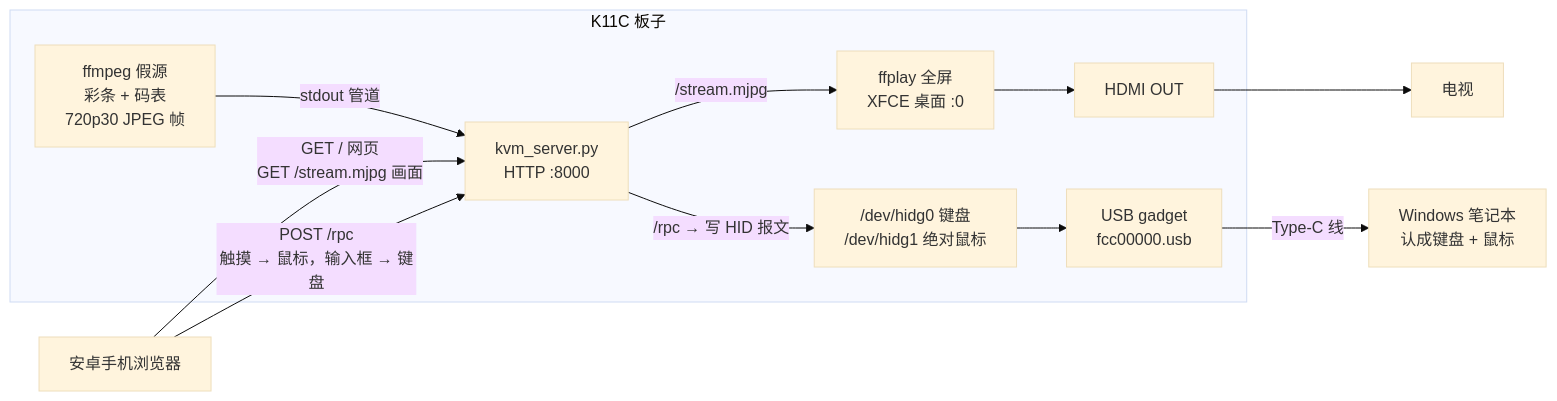
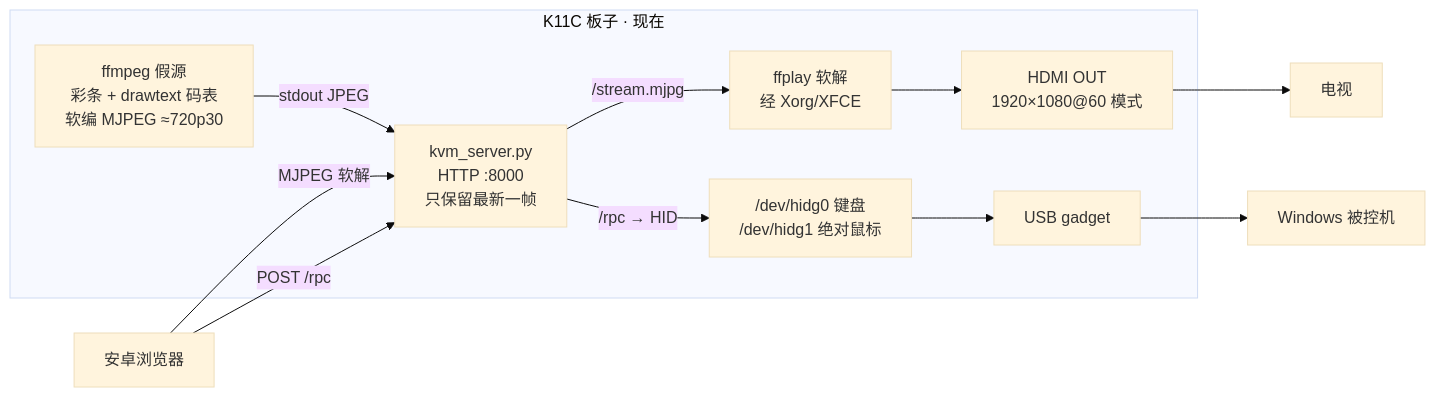
The first of 3 diagrams in 12_win_上机跑/14_K11C做JetKVM式IP-KVM_方案.md (duck-sleep/win_game), drawn with Mermaid (base theme) before and after one commit. The commit also changed other lines of this file and 3 other files, not shown here.

````diff
--- a/12_win_上机跑/14_K11C做JetKVM式IP-KVM_方案.md
+++ b/12_win_上机跑/14_K11C做JetKVM式IP-KVM_方案.md
@@ -57,14 +58,14 @@
 ```mermaid
 flowchart LR
-  subgraph BOARD["K11C 板子"]
-    SRC["ffmpeg 假源<br/>彩条 + 码表<br/>720p30 JPEG 帧"] -->|"stdout 管道"| SRV["kvm_server.py<br/>HTTP :8000"]
-    SRV -->|"/stream.mjpg"| TVP["ffplay 全屏<br/>XFCE 桌面 :0"]
-    TVP --> HDMI["HDMI OUT"]
-    SRV -->|"/rpc → 写 HID 报文"| HIDG["/dev/hidg0 键盘<br/>/dev/hidg1 绝对鼠标"]
-    HIDG --> UDC["USB gadget<br/>fcc00000.usb"]
+  subgraph BOARD["K11C 板子 · 现在"]
+    SRC["ffmpeg 假源<br/>彩条 + drawtext 码表<br/>软编 MJPEG ≈720p30"] -->|"stdout JPEG"| SRV["kvm_server.py<br/>HTTP :8000<br/>只保留最新一帧"]
+    SRV -->|"/stream.mjpg"| TVP["ffplay 软解<br/>经 Xorg/XFCE"]
+    TVP --> HDMI["HDMI OUT<br/>1920×1080@60 模式"]
+    SRV -->|"/rpc → HID"| HIDG["/dev/hidg0 键盘<br/>/dev/hidg1 绝对鼠标"]
+    HIDG --> UDC["USB gadget"]
   end
-  PHONE["安卓手机浏览器"] -->|"GET / 网页<br/>GET /stream.mjpg 画面"| SRV
-  PHONE -->|"POST /rpc<br/>触摸 → 鼠标，输入框 → 键盘"| SRV
-  UDC -->|"Type-C 线"| PC["Windows 笔记本<br/>认成键盘 + 鼠标"]
+  PHONE["安卓浏览器"] -->|"MJPEG 软解"| SRV
+  PHONE -->|"POST /rpc"| SRV
+  UDC --> PC["Windows 被控机"]
   HDMI --> TV["电视"]
 ```
````
